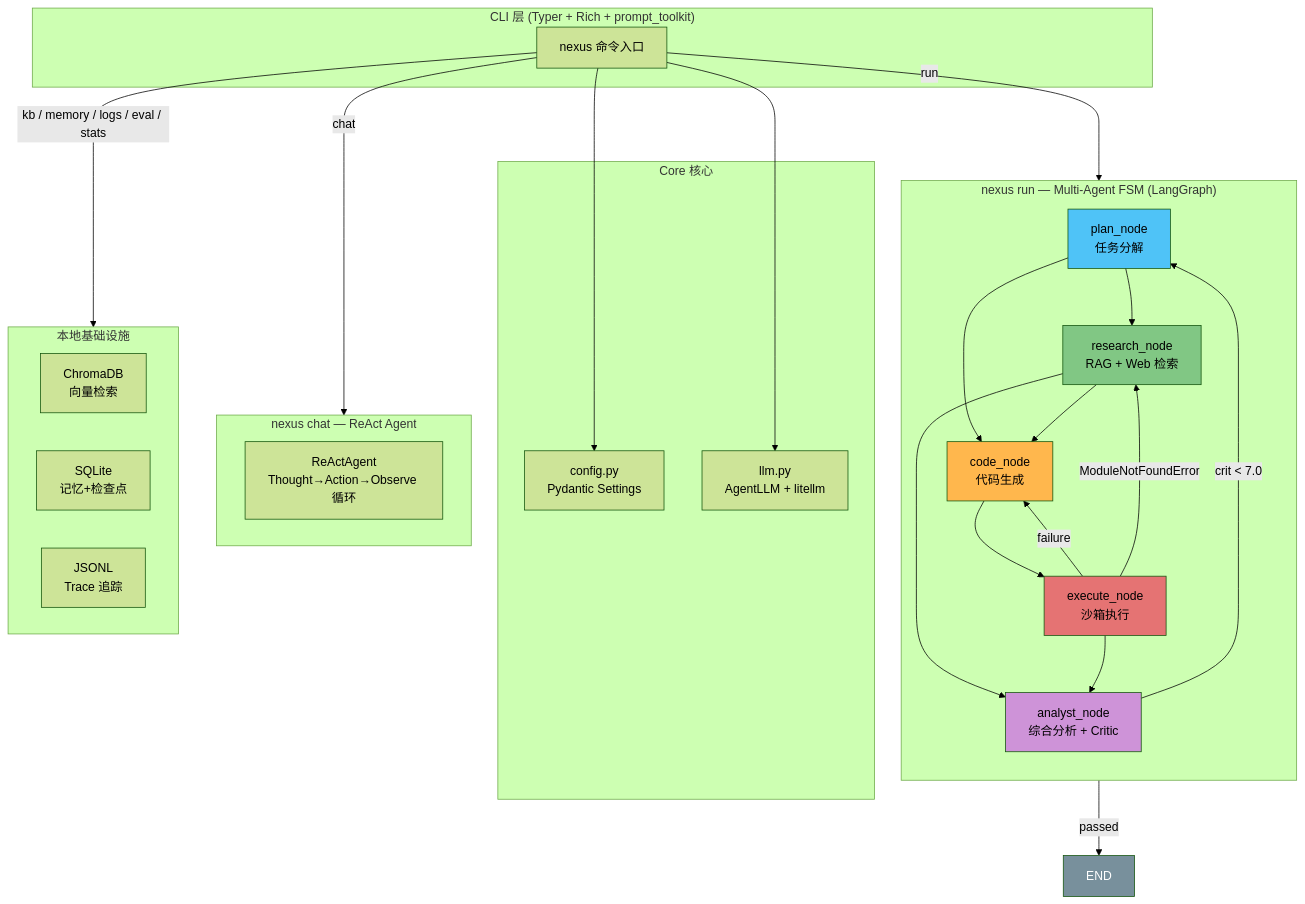
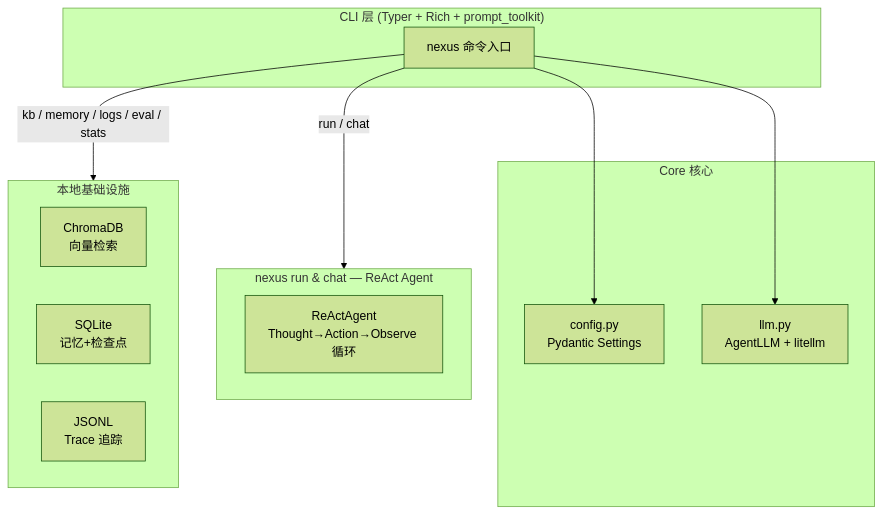
The first of 8 diagrams in agentnexus/API.md (paipaipai666/agent-nexus), drawn with Mermaid (forest theme) before and after one commit. The commit also changed other lines of this file and 49 other files, not shown here.

````diff
--- a/agentnexus/API.md
+++ b/agentnexus/API.md
@@ -9,54 +9,26 @@
 ```mermaid
 graph TB
     subgraph CLI["CLI 层 (Typer + Rich + prompt_toolkit)"]
         nexus["nexus 命令入口"]
     end
 
     subgraph Core["Core 核心"]
         config["config.py<br/>Pydantic Settings"]
         llm["llm.py<br/>AgentLLM + litellm"]
     end
 
-    subgraph FSM["nexus run — Multi-Agent FSM (LangGraph)"]
-        direction TB
-        plan["plan_node<br/>任务分解"]
-        research["research_node<br/>RAG + Web 检索"]
-        code["code_node<br/>代码生成"]
-        execute["execute_node<br/>沙箱执行"]
-        analyst["analyst_node<br/>综合分析 + Critic"]
-    end
-
-    subgraph Chat["nexus chat — ReAct Agent"]
+    subgraph Run["nexus run & chat — ReAct Agent"]
         react["ReActAgent<br/>Thought→Action→Observe 循环"]
     end
 
     subgraph Infra["本地基础设施"]
         chroma["ChromaDB<br/>向量检索"]
         sqlite["SQLite<br/>记忆+检查点"]
         jsonl["JSONL<br/>Trace 追踪"]
     end
 
     nexus --> config
     nexus --> llm
-    nexus -->|"run"| FSM
-    nexus -->|"chat"| Chat
+    nexus -->|"run / chat"| Run
     nexus -->|"kb / memory / logs / eval / stats"| Infra
-
-    plan --> research
-    plan --> code
-    research --> code
-    research --> analyst
-    code --> execute
-    execute --> analyst
-    execute -->|"failure"| code
-    execute -->|"ModuleNotFoundError"| research
-    analyst -->|"crit < 7.0"| plan
-    analyst -->|"passed"| END
-
-    style plan fill:#4fc3f7,color:#000
-    style research fill:#81c784,color:#000
-    style code fill:#ffb74d,color:#000
-    style execute fill:#e57373,color:#000
-    style analyst fill:#ce93d8,color:#000
-    style END fill:#78909c,color:#fff
 ```
````
